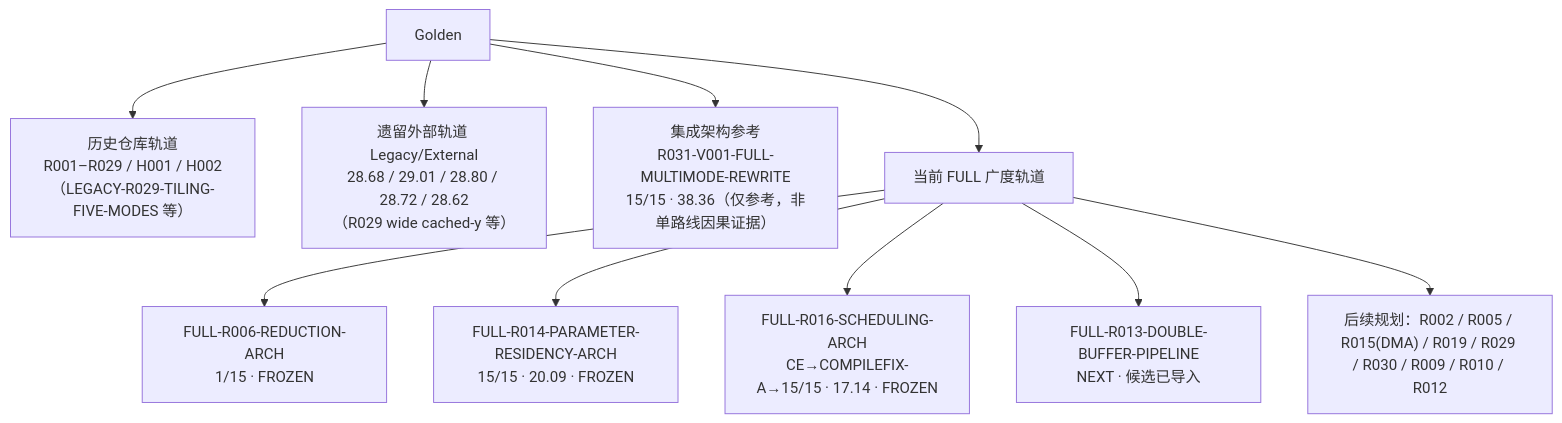
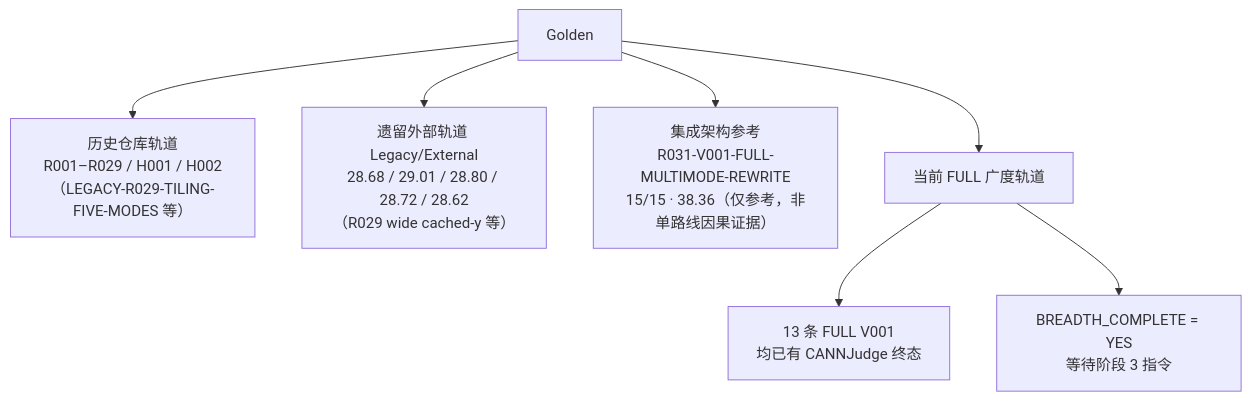
Before and after one commit to sxyq/CANN: the diagram in 文档/当前状态.md, drawn with Mermaid. The commit also changed other lines of this file and 14 other files, not shown here.

Commit message:
record FULL V001 breadth completion

````diff
--- a/文档/当前状态.md
+++ b/文档/当前状态.md
@@ -56,13 +64,10 @@
 ```mermaid
 flowchart TD
     G["Golden"]
     G --> H["历史仓库轨道<br/>R001–R029 / H001 / H002<br/>（LEGACY-R029-TILING-FIVE-MODES 等）"]
     G --> L["遗留外部轨道 Legacy/External<br/>28.68 / 29.01 / 28.80 / 28.72 / 28.62<br/>（R029 wide cached-y 等）"]
     G --> R["集成架构参考<br/>R031-V001-FULL-MULTIMODE-REWRITE<br/>15/15 · 38.36（仅参考，非单路线因果证据）"]
     G --> F["当前 FULL 广度轨道"]
-    F --> F6["FULL-R006-REDUCTION-ARCH<br/>1/15 · FROZEN"]
-    F --> F14["FULL-R014-PARAMETER-RESIDENCY-ARCH<br/>15/15 · 20.09 · FROZEN"]
-    F --> F16["FULL-R016-SCHEDULING-ARCH<br/>CE→COMPILEFIX-A→15/15 · 17.14 · FROZEN"]
-    F --> F13["FULL-R013-DOUBLE-BUFFER-PIPELINE<br/>NEXT · 候选已导入"]
-    F --> FP["后续规划：R002 / R005 / R015(DMA) / R019 / R029 / R030 / R009 / R010 / R012"]
+    F --> F6["13 条 FULL V001<br/>均已有 CANNJudge 终态"]
+    F --> FP["BREADTH_COMPLETE = YES<br/>等待阶段 3 指令"]
 ```
````
